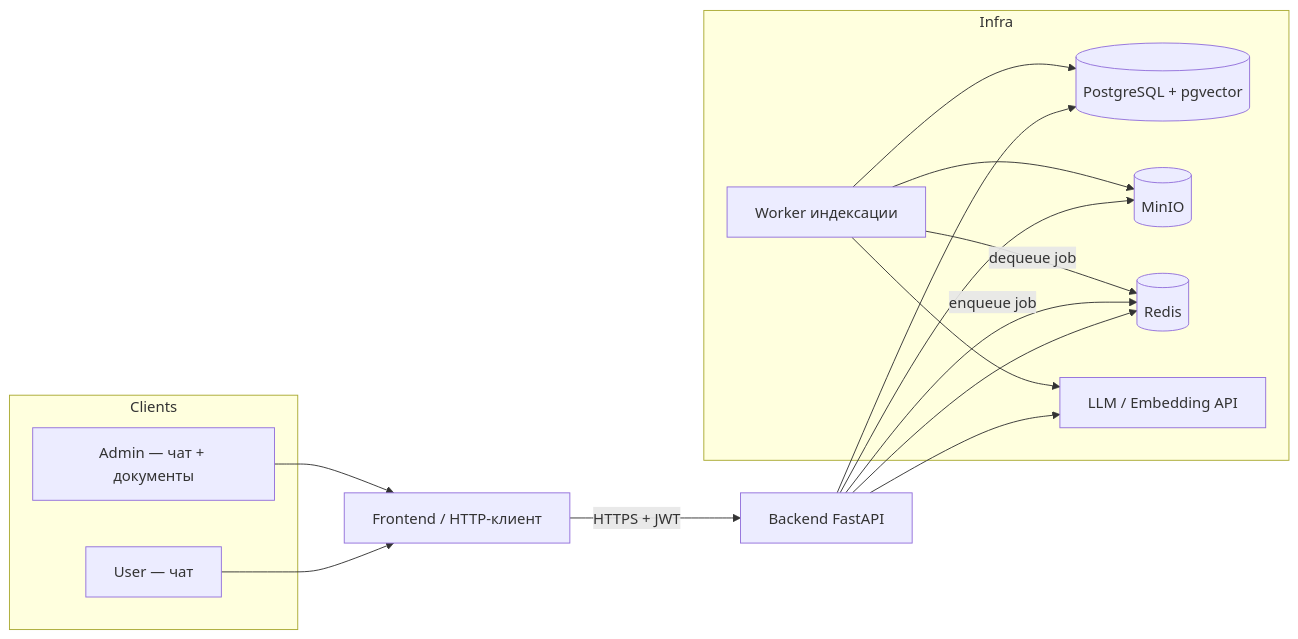
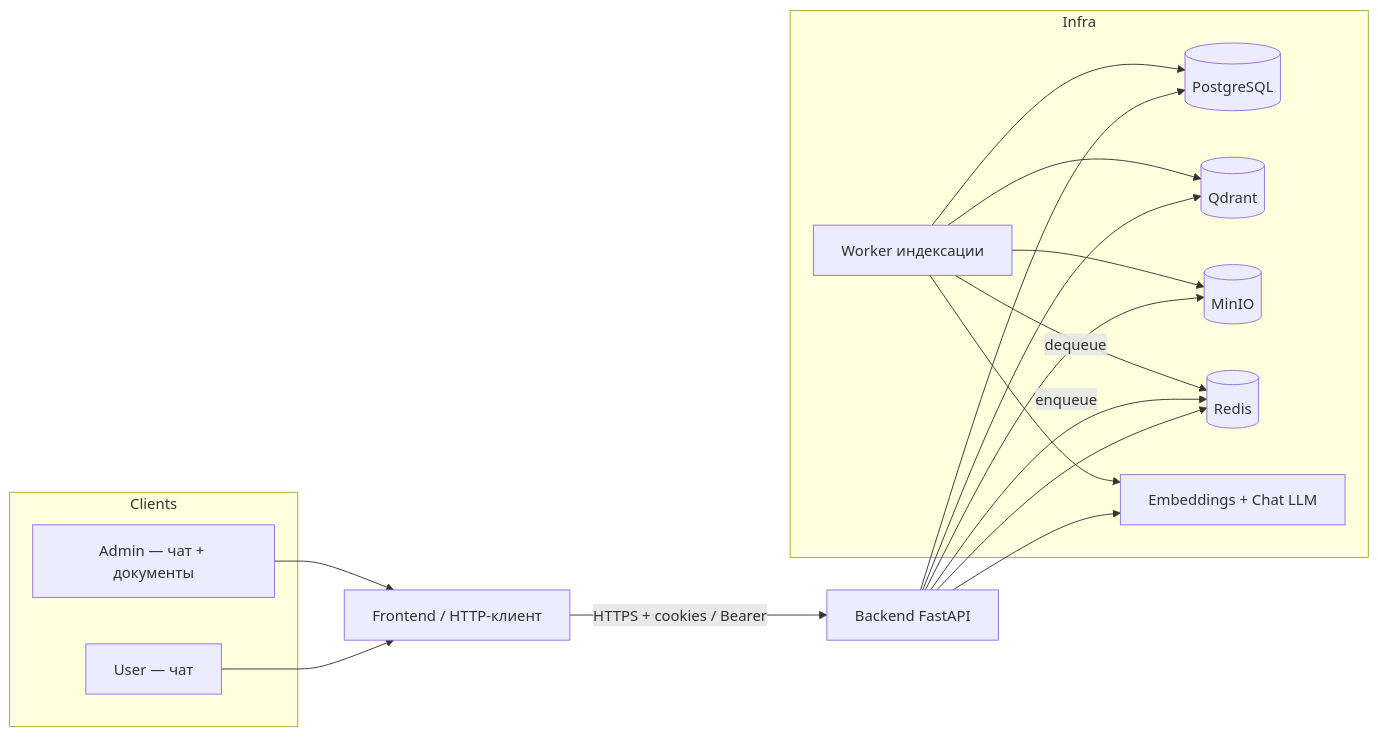
The first of 5 diagrams in docs/system-interaction.md (1rate/ai-docs), drawn with Mermaid before and after one commit. The commit also changed other lines of this file and 16 other files, not shown here.

Commit message:
feat: Замена pgvector на qdrant

````diff
--- a/docs/system-interaction.md
+++ b/docs/system-interaction.md
@@ -26,33 +34,36 @@
 ```mermaid
 flowchart LR
   subgraph Clients
     U[User — чат]
     A[Admin — чат + документы]
   end
 
   FE[Frontend / HTTP-клиент]
   API[Backend FastAPI]
 
   subgraph Infra
-    PG[(PostgreSQL + pgvector)]
+    PG[(PostgreSQL)]
+    QD[(Qdrant)]
     S3[(MinIO)]
     RD[(Redis)]
     W[Worker индексации]
-    LLM[LLM / Embedding API]
+    LLM[Embeddings + Chat LLM]
   end
 
   U --> FE
   A --> FE
-  FE -->|HTTPS + JWT| API
+  FE -->|HTTPS + cookies / Bearer| API
 
   API --> PG
+  API --> QD
   API --> S3
   API --> RD
   API --> LLM
 
-  API -->|enqueue job| RD
-  W -->|dequeue job| RD
+  API -->|enqueue| RD
+  W -->|dequeue| RD
   W --> PG
+  W --> QD
   W --> S3
   W --> LLM
 ```
````
